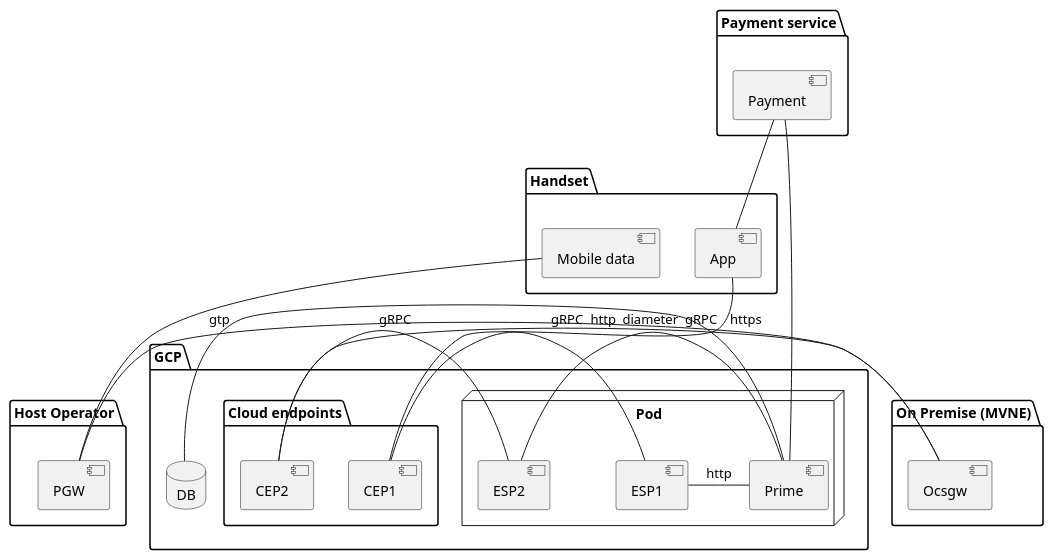
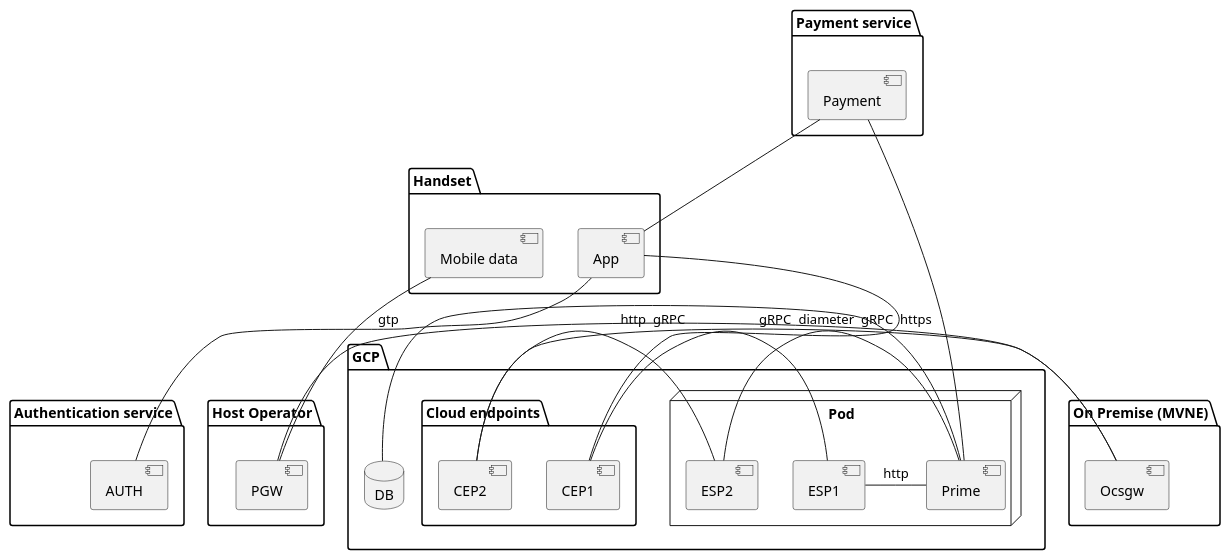
Before and after one commit to ostelco/ostelco-core: the diagram in docs/prod-deployment/deployment.puml, drawn with PlantUML. The commit also changed 1 other file, not shown here.

Commit message:
Adding authentication provider to the deployment setup

```diff
--- a/docs/prod-deployment/deployment.puml
+++ b/docs/prod-deployment/deployment.puml
@@ -1,51 +1,58 @@
 @startuml
 
 package "Handset" {
   [App]
   [Mobile data]
 }
 
 
 package "Payment service" {
  [Payment]
 }
+
+package "Authentication service" {
+ [AUTH]
+}
+
+
 
 package "Host Operator" {
   [PGW]
 }
 
 package "On Premise (MVNE)" {
  [Ocsgw]
 }
 
 
 package "GCP" {
 
  package "Cloud endpoints"{
    [CEP1]
    [CEP2]
  }
 
  database DB
   node "Pod" {
    [ESP1]
    [ESP2]
    [Prime]
  }
 }
 
+[App] -- [AUTH]
 [Payment] -- [App]
 [Payment] -- [Prime]
 [Mobile data] -- [PGW] : gtp
 [App] - [CEP1] : https
 [CEP1] - [ESP1] : http
 [CEP2] - [ESP2]: gRPC
 
 
 [PGW] - [Ocsgw]: diameter
 [Ocsgw] - [CEP2] : gRPC
 [ESP1] - [Prime] : http
 [ESP2] - [Prime] : gRPC
 [Prime] -  DB
 
 @enduml
```
